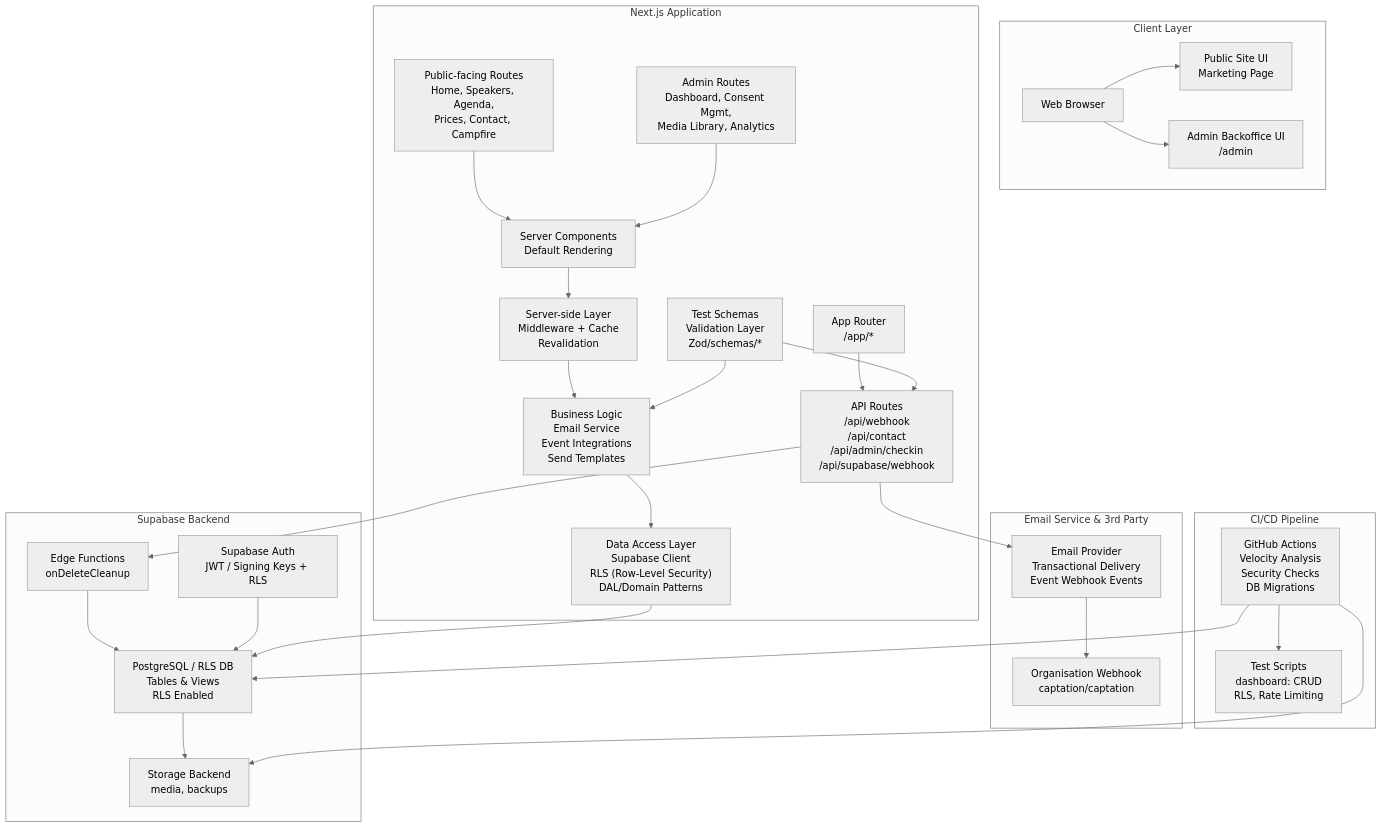
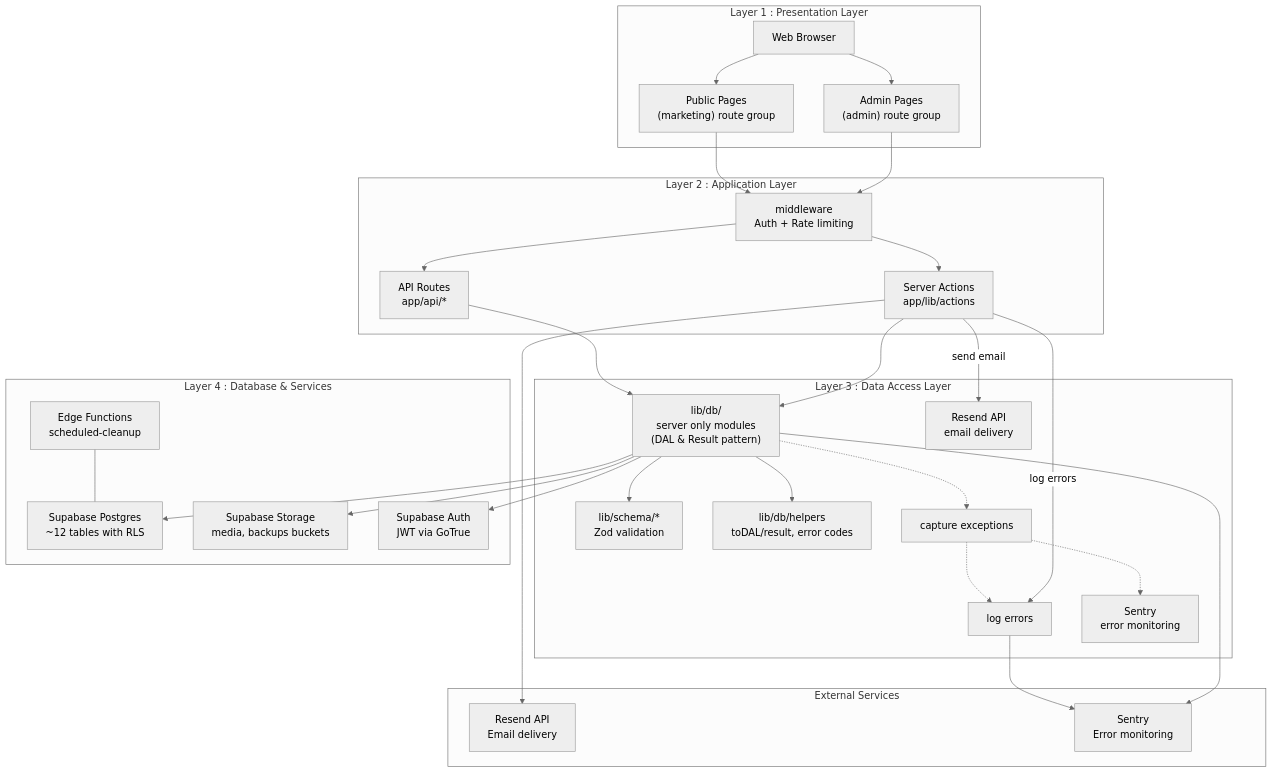
Before and after one commit to YanBerdin/rougecardinalcompany: the first of 3 diagrams in README.md, drawn with Mermaid (neutral theme). The commit also changed other lines of this file and 2 other files, not shown here.

Commit message:
fix(test): Load env vars BEFORE any T3 Env import

````diff
--- a/README.md
+++ b/README.md
@@ -32,81 +32,64 @@
 ```mermaid
 flowchart TB
-    %% --- Client Layer ---
-    subgraph ClientLayer ["Client Layer"]
-        CL1["Web Browser"]
-        CL2["Public Site UI\nMarketing Page"]
-        CL3["Admin Backoffice UI\n/admin"]
-        CL1 --> CL2
-        CL1 --> CL3
-    end
+  %% Layer 1 - Presentation
+  subgraph L1["Layer 1 : Presentation Layer"]
+    WB["Web Browser"]
+    PUBP["Public Pages<br/>(marketing) route group"]
+    ADMP["Admin Pages<br/>(admin) route group"]
+    WB --> PUBP
+    WB --> ADMP
+  end
 
-    %% --- Next.js Application ---
-    subgraph NextApp ["Next.js Application"]
-        %% Top-level routes
-        R1["Public-facing Routes\nHome, Speakers, Agenda,\nPrices, Contact, Campfire"]
-        R2["Admin Routes\nDashboard, Consent Mgmt,\nMedia Library, Analytics"]
+  %% Layer 2 - Application
+  subgraph L2["Layer 2 : Application Layer"]
+    MIDDLE["middleware<br/>Auth + Rate limiting"]
+    APIR["API Routes<br/>app/api/*"]
+    SA["Server Actions<br/>app/lib/actions"]
+    PUBP --> MIDDLE
+    ADMP --> MIDDLE
+    MIDDLE --> APIR
+    MIDDLE --> SA
+  end
 
-        %% Server components / edge
-        SC1["Server Components\nDefault Rendering"]
-        SL1["Server-side Layer\nMiddleware + Cache\nRevalidation"]
+  %% Layer 3 - Data Access
+  subgraph L3["Layer 3 : Data Access Layer"]
+    DBMODS["lib/db/<br/>server only modules<br/>(DAL & Result pattern)"]
+    SCHEMA["lib/schema/*<br/>Zod validation"]
+    HELPERS["lib/db/helpers<br/>toDAL/result, error codes"]
+    CAPTURE["capture exceptions"]
+    LOGERR["log errors"]
+    SENTRY_INT["Sentry<br/>error monitoring"]
+    DBMODS --> SCHEMA
+    DBMODS --> HELPERS
+    APIR --> DBMODS
+    SA --> DBMODS
+    DBMODS -.-> CAPTURE
+    CAPTURE -.-> LOGERR
+    CAPTURE -.-> SENTRY_INT
+    SA -->|send email| RESEND["Resend API<br/>email delivery"]
+    SA -->|log errors| LOGERR
+  end
 
-        %% Business logic
-        BL1["Business Logic\nEmail Service\nEvent Integrations\nSend Templates"]
+  %% Layer 4 - Database & Services
+  subgraph L4["Layer 4 : Database & Services"]
+    EDGE["Edge Functions<br/>scheduled-cleanup"]
+    PG["Supabase Postgres<br/>~12 tables with RLS"]
+    STORAGE["Supabase Storage<br/>media, backups buckets"]
+    AUTH["Supabase Auth<br/>JWT via GoTrue"]
+    EDGE --- PG
+    DBMODS --> PG
+    DBMODS --> STORAGE
+    DBMODS --> AUTH
+  end
 
-        %% Data access layer
-        DAL1["Data Access Layer\nSupabase Client\nRLS (Row-Level Security)\nDAL/Domain Patterns"]
+  %% External Services
+  subgraph EXTS["External Services"]
+    RESEND_EXT["Resend API<br/>Email delivery"]
+    SENTRY_EXT["Sentry<br/>Error monitoring"]
+  end
 
-        %% API routes
-        API1["API Routes\n/api/webhook\n/api/contact\n/api/admin/checkin\n/api/supabase/webhook"]
-
-        %% Test schemas
-        TS1["Test Schemas\nValidation Layer\nZod/schemas/*"]
-
-        %% App Router
-        AR1["App Router\n/app/*"]
-
-        %% Internal wiring
-        R1 --> SC1
-        R2 --> SC1
-        SC1 --> SL1
-        SL1 --> BL1
-        BL1 --> DAL1
-        AR1 --> API1
-        TS1 --> BL1
-        TS1 --> API1
-    end
-
-    %% --- External services / Email ---
-    subgraph EmailService ["Email Service & 3rd Party"]
-        ES1["Email Provider\nTransactional Delivery\nEvent Webhook Events"]
-        ES2["Organisation Webhook\ncaptation/captation"]
-        ES1 --> ES2
-        API1 --> ES1
-    end
-
-    %% --- Supabase Backend ---
-    subgraph SupabaseBackend ["Supabase Backend"]
-        SB1["Edge Functions\nonDeleteCleanup"]
-        SB2["Supabase Auth\nJWT / Signing Keys + RLS"]
-        SB3["PostgreSQL / RLS DB\nTables & Views\nRLS Enabled"]
-        SB4["Storage Backend\nmedia, backups"]
-
-        SB1 --> SB3
-        SB2 --> SB3
-        SB3 --> SB4
-    end
-
-    %% --- CI/CD Pipeline ---
-    subgraph CICD ["CI/CD Pipeline"]
-        CI1["GitHub Actions\nVelocity Analysis\nSecurity Checks\nDB Migrations"]
-        CI2["Test Scripts\ndashboard: CRUD\nRLS, Rate Limiting"]
-        CI1 --> CI2
-    end
-
-    %% Cross-system flows
-    DAL1 --> SB3
-    API1 --> SB1
-    CI1 --> SB3
-    CI1 --> SB4
-
-  ```
+  %% External connections
+  SA --> RESEND_EXT
+  LOGERR --> SENTRY_EXT
+  DBMODS --> SENTRY_EXT
+```
````
